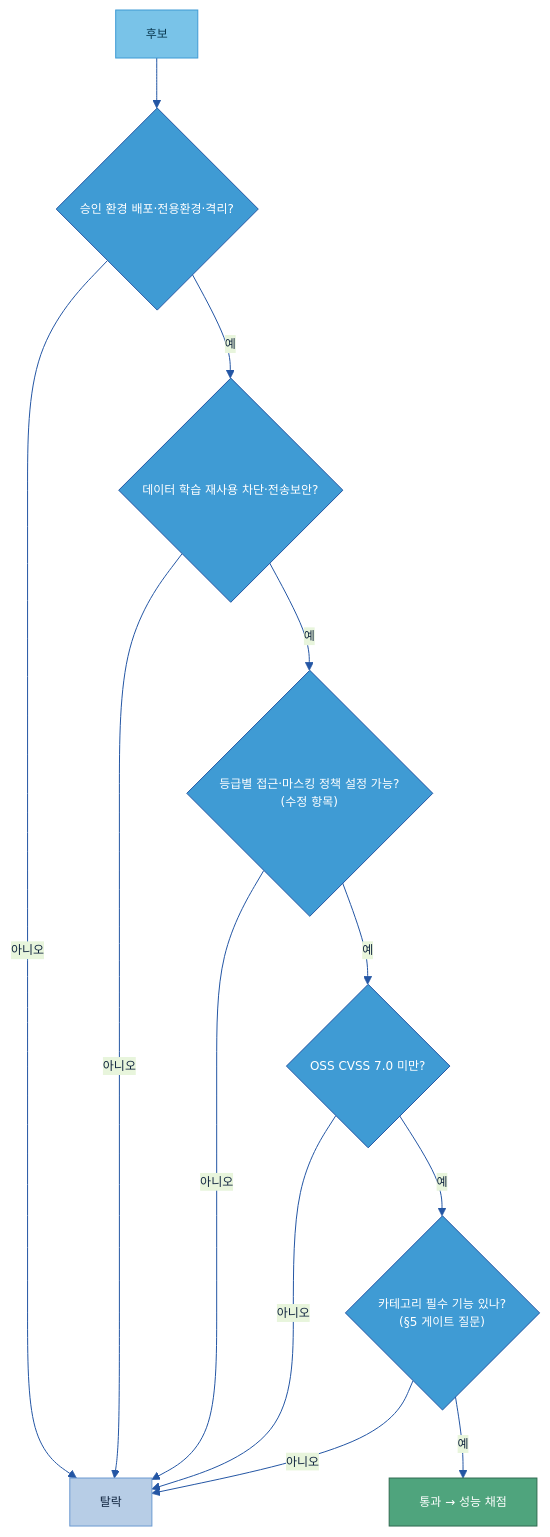
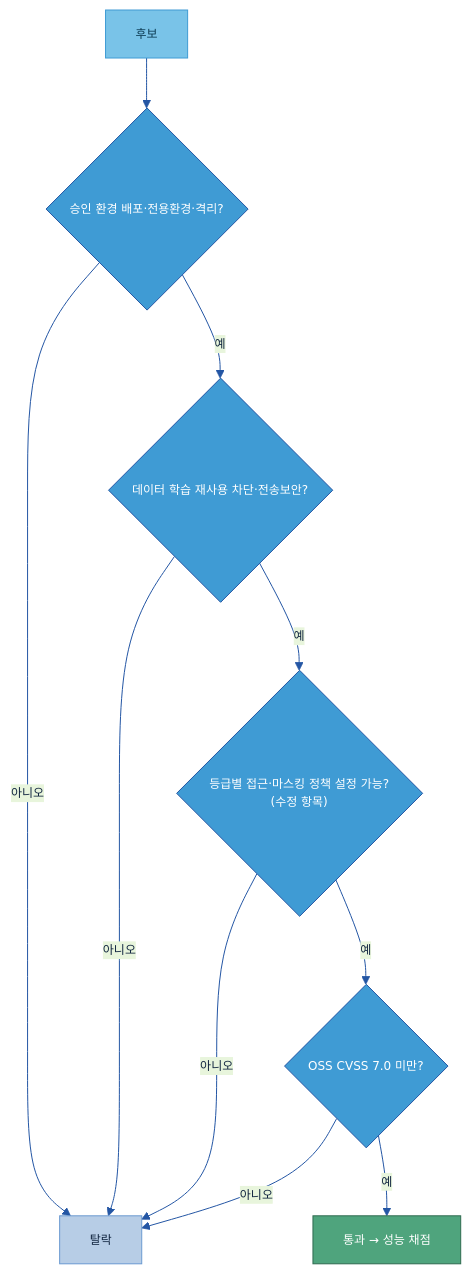
The fourth of 6 diagrams in Tech Player/04 Player 평가 실행안 (조사·보안·성능·비용·추천).md (jin-kearney/ai-ready-data-manual), drawn with Mermaid before and after one commit. The commit also changed other lines of this file and 2 other files, not shown here.

First line of the commit message:
docs(Tech Player 04): 필수 기능 게이트 제거 (04=AXC 구조: 보안→성능→비용)

````diff
--- a/Tech Player/04 Player 평가 실행안 (조사·보안·성능·비용·추천).md
+++ b/Tech Player/04 Player 평가 실행안 (조사·보안·성능·비용·추천).md
@@ -160,19 +160,17 @@
 ```mermaid
 %%{init: {'theme':'base','themeVariables':{'primaryColor':'#DCE8F5','primaryBorderColor':'#2456A4','primaryTextColor':'#10243f','lineColor':'#2456A4','fontSize':'12px'}}}%%
 flowchart TB
     S["후보"]:::src --> Q1{"승인 환경 배포·전용환경·격리?"}:::gate
     Q1 -->|아니오| F["탈락"]:::n
     Q1 -->|예| Q2{"데이터 학습 재사용 차단·전송보안?"}:::gate
     Q2 -->|아니오| F
     Q2 -->|예| Q3{"등급별 접근·마스킹 정책 설정 가능?<br/>(수정 항목)"}:::gate
     Q3 -->|아니오| F
     Q3 -->|예| Q4{"OSS CVSS 7.0 미만?"}:::gate
     Q4 -->|아니오| F
-    Q4 -->|예| Q5{"카테고리 필수 기능 있나?<br/>(§5 게이트 질문)"}:::gate
-    Q5 -->|아니오| F
-    Q5 -->|예| P["통과 → 성능 채점"]:::loop
+    Q4 -->|예| P["통과 → 성능 채점"]:::loop
     classDef n fill:#B7CDE6,stroke:#6B9AD1,color:#10243f;
     classDef src fill:#79C3E8,stroke:#3F9BD4,color:#0b3a52;
     classDef gate fill:#3F9BD4,stroke:#2456A4,color:#fff;
     classDef loop fill:#4FA47D,stroke:#2f6b50,color:#fff;
 ```
````
